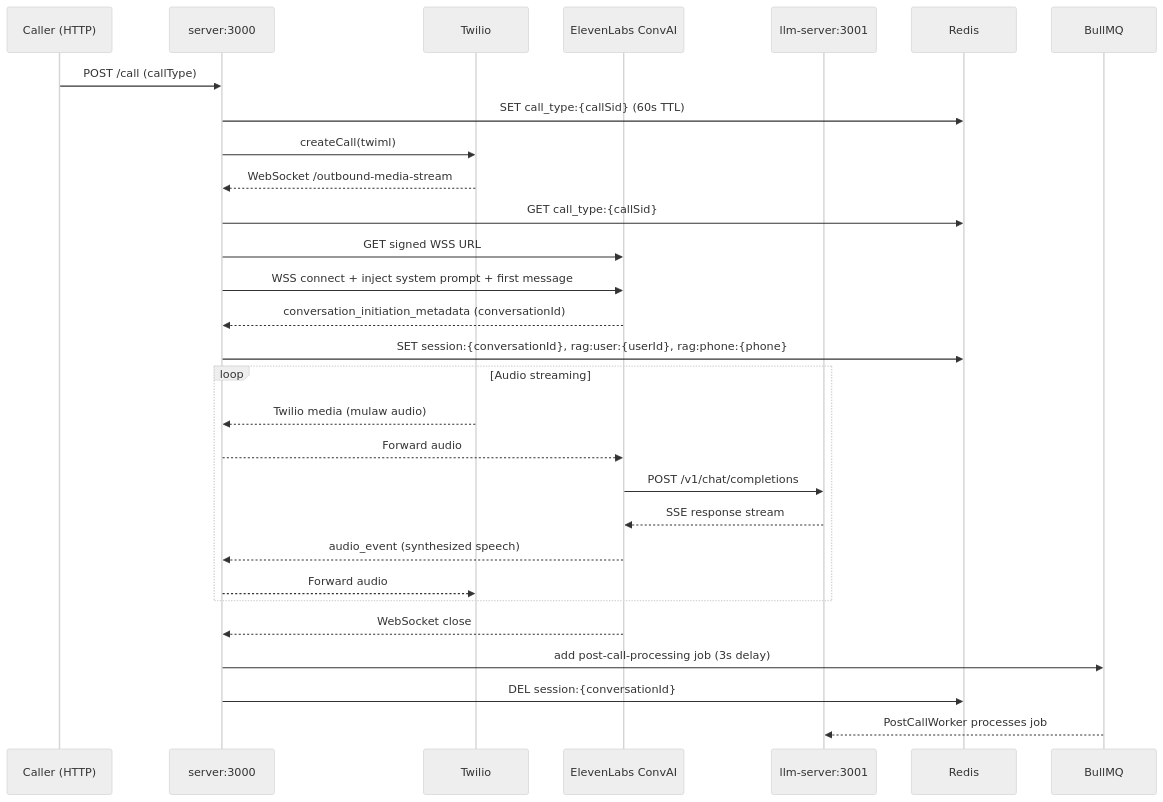
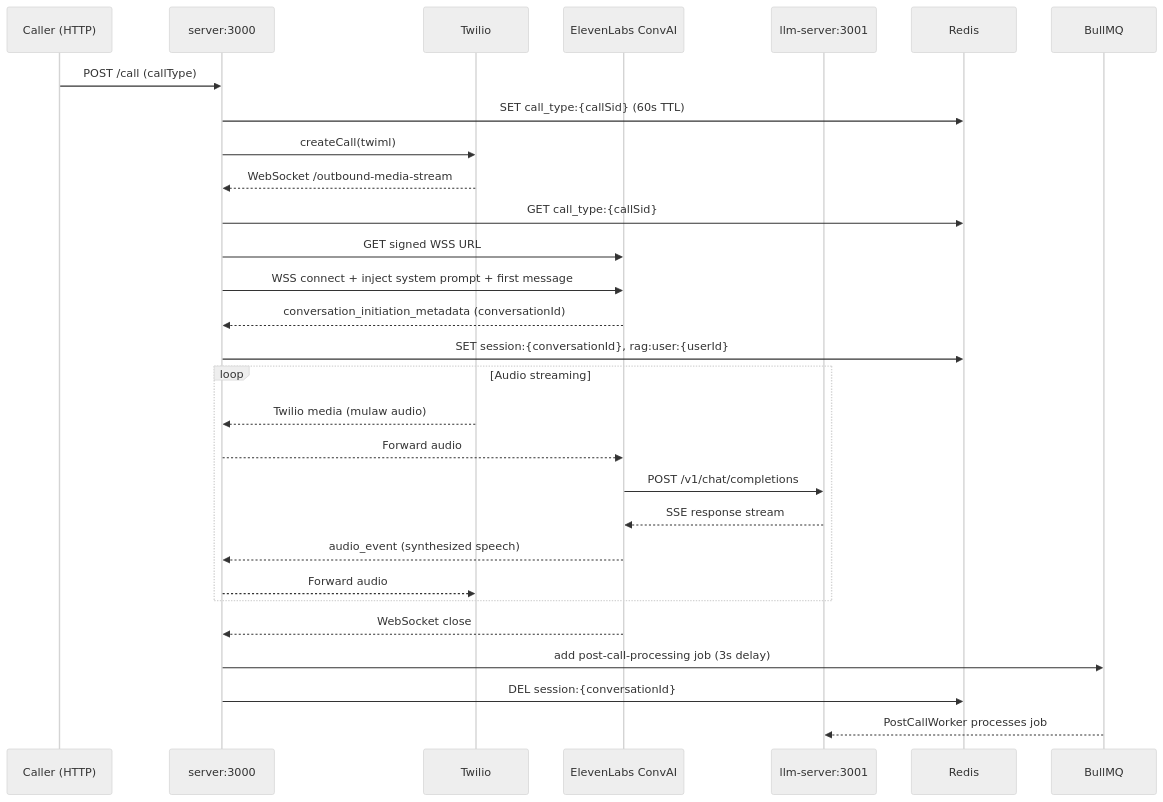
Before and after one commit to Kish170/nAIber-proto: the first of 4 diagrams in docs/arch/overview.md, drawn with Mermaid (neutral theme). The commit also changed other lines of this file and 66 other files, not shown here.

````diff
--- a/docs/arch/overview.md
+++ b/docs/arch/overview.md
@@ -52,35 +53,35 @@
 ```mermaid
 sequenceDiagram
     participant API as Caller (HTTP)
     participant SRV as server:3000
     participant TWI as Twilio
     participant EL as ElevenLabs ConvAI
     participant LLM as llm-server:3001
     participant Redis
     participant BullMQ
 
     API->>SRV: POST /call (callType)
     SRV->>Redis: SET call_type:{callSid} (60s TTL)
     SRV->>TWI: createCall(twiml)
     TWI-->>SRV: WebSocket /outbound-media-stream
     SRV->>Redis: GET call_type:{callSid}
     SRV->>EL: GET signed WSS URL
     SRV->>EL: WSS connect + inject system prompt + first message
     EL-->>SRV: conversation_initiation_metadata (conversationId)
-    SRV->>Redis: SET session:{conversationId}, rag:user:{userId}, rag:phone:{phone}
+    SRV->>Redis: SET session:{conversationId}, rag:user:{userId}
 
     loop Audio streaming
         TWI-->>SRV: Twilio media (mulaw audio)
         SRV-->>EL: Forward audio
         EL->>LLM: POST /v1/chat/completions
         LLM-->>EL: SSE response stream
         EL-->>SRV: audio_event (synthesized speech)
         SRV-->>TWI: Forward audio
     end
 
     EL-->>SRV: WebSocket close
     SRV->>BullMQ: add post-call-processing job (3s delay)
     SRV->>Redis: DEL session:{conversationId}
 
     BullMQ-->>LLM: PostCallWorker processes job
 ```
````
